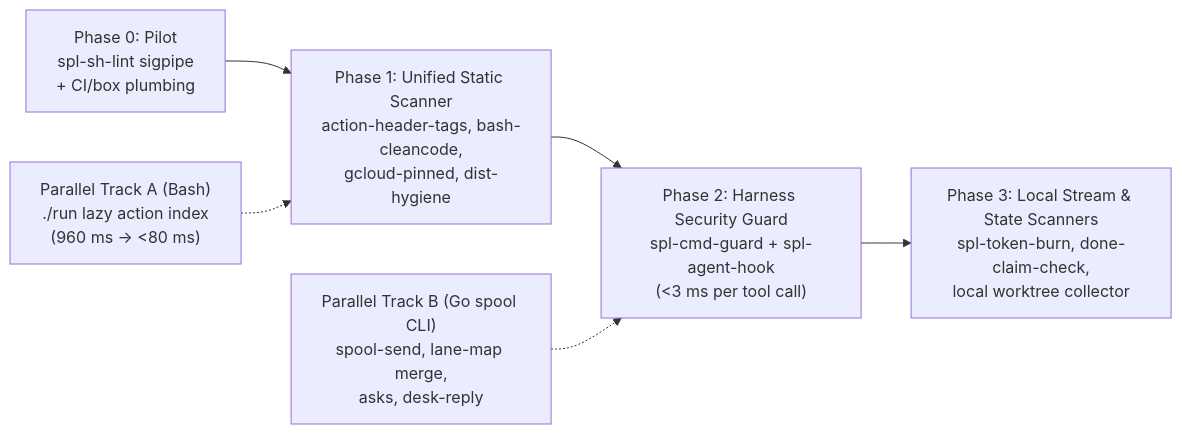
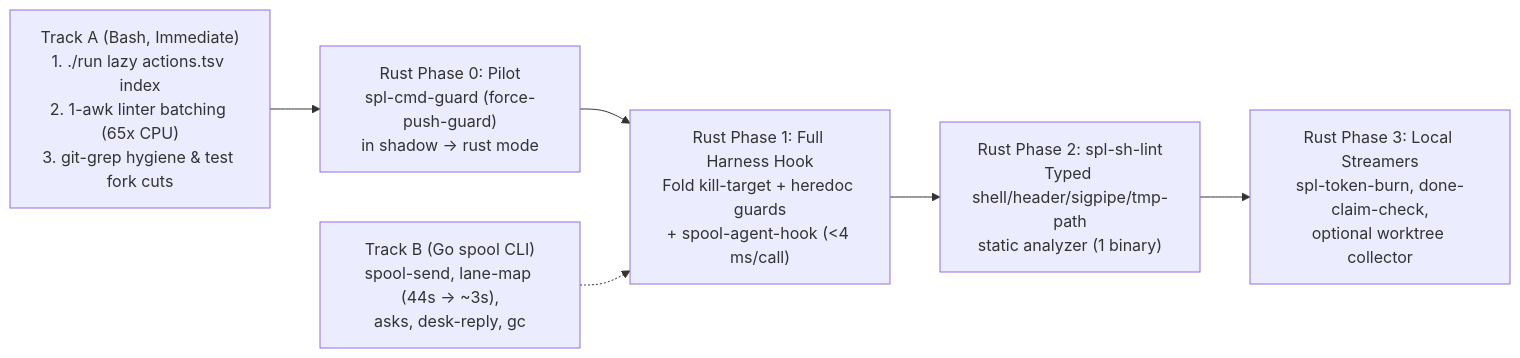
The diagram in csi-spl-doc/specs/011-spool-project-refactor/rust-candidates-analysis.md (csitea/csi-spl), drawn with Mermaid before and after one commit. The commit also changed other lines of this file, not shown here.

First line of the commit message:
docs(doc, SPL-5274): raise rust-candidates-analysis to v0.2 (rc1)

````diff
--- a/csi-spl-doc/specs/011-spool-project-refactor/rust-candidates-analysis.md
+++ b/csi-spl-doc/specs/011-spool-project-refactor/rust-candidates-analysis.md
@@ -328,8 +362,8 @@
 ```mermaid
 flowchart LR
-  P0["Phase 0: Pilot\nspl-sh-lint sigpipe\n+ CI/box plumbing"] --> P1["Phase 1: Unified Static Scanner\naction-header-tags, bash-cleancode,\ngcloud-pinned, dist-hygiene"]
-  P1 --> P2["Phase 2: Harness Security Guard\nspl-cmd-guard + spl-agent-hook\n(<3 ms per tool call)"]
-  P2 --> P3["Phase 3: Local Stream & State Scanners\nspl-token-burn, done-claim-check,\nlocal worktree collector"]
-  B0["Parallel Track A (Bash)\n./run lazy action index\n(960 ms -> <80 ms)"] -.-> P1
-  G0["Parallel Track B (Go spool CLI)\nspool-send, lane-map merge,\nasks, desk-reply"] -.-> P2
+  B0["Track A (Bash, Immediate)\n1. ./run lazy actions.tsv index\n2. 1-awk linter batching (65x CPU)\n3. git-grep hygiene & test fork cuts"] --> P0
+  P0["Rust Phase 0: Pilot\nspl-cmd-guard (force-push-guard)\nin shadow -> rust mode"] --> P1["Rust Phase 1: Full Harness Hook\nFold kill-target + heredoc guards\n+ spool-agent-hook (<4 ms/call)"]
+  P1 --> P2["Rust Phase 2: spl-sh-lint\nTyped shell/header/sigpipe/tmp-path\nstatic analyzer (1 binary)"]
+  P2 --> P3["Rust Phase 3: Local Streamers\nspl-token-burn, done-claim-check,\noptional worktree collector"]
+  G0["Track B (Go spool CLI)\nspool-send, lane-map (44s -> ~3s),\nasks, desk-reply, gc"] -.-> P1
 ```
````
